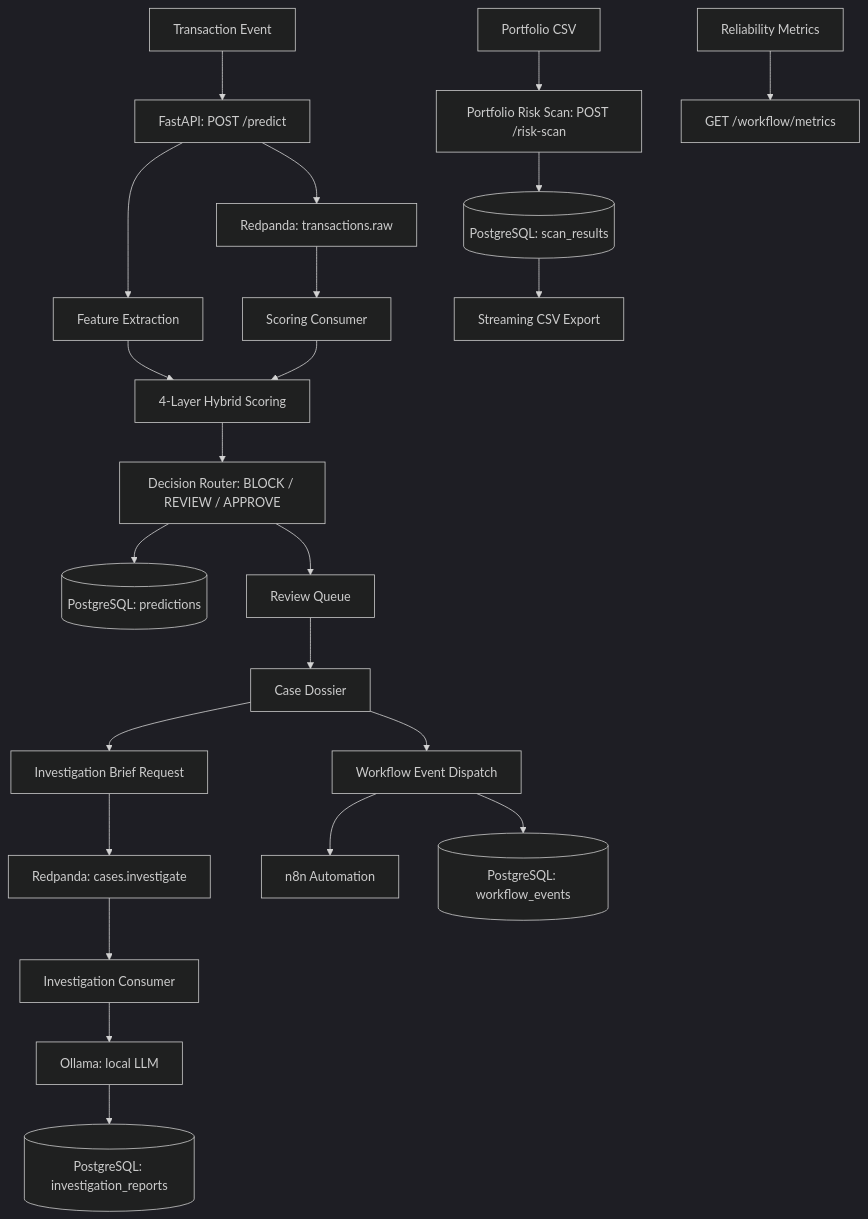
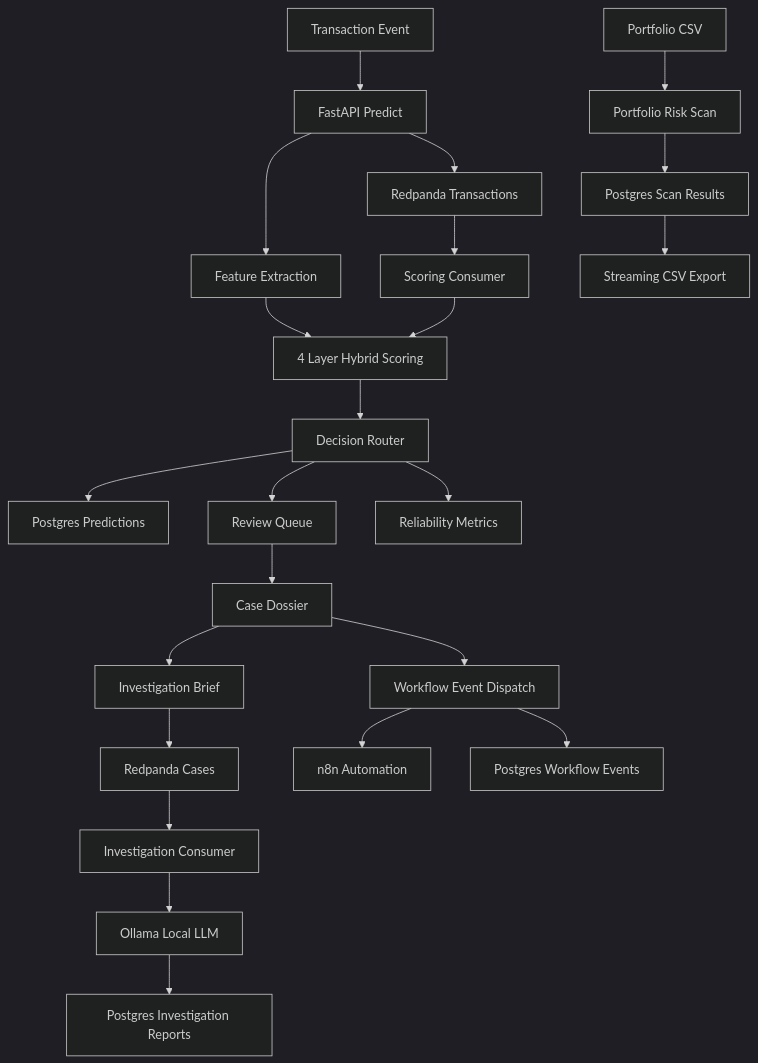
Before and after one commit to IjazKakkodDS/transaction-fraud-intelligence-console: the diagram in docs/SYSTEM_SNAPSHOT.md, drawn with Mermaid (dark theme). The commit also changed other lines of this file and 5 other files, not shown here.

````diff
--- a/docs/SYSTEM_SNAPSHOT.md
+++ b/docs/SYSTEM_SNAPSHOT.md
@@ -87,25 +87,48 @@
 ```mermaid
 graph TD
-    T[Transaction Event] --> API[FastAPI: POST /predict]
-    API --> FE[Feature Extraction]
-    FE --> SC[4-Layer Hybrid Scoring]
-    SC --> DEC[Decision Router: BLOCK / REVIEW / APPROVE]
-    DEC --> PG[(PostgreSQL: predictions)]
-    API --> RP[Redpanda: transactions.raw]
-    RP --> SCO[Scoring Consumer]
-    SCO --> SC
-    DEC --> RQ[Review Queue]
-    RQ --> CD[Case Dossier]
-    CD --> AI[Investigation Brief Request]
-    AI --> RP2[Redpanda: cases.investigate]
-    RP2 --> IC[Investigation Consumer]
-    IC --> OL[Ollama: local LLM]
-    OL --> IR[(PostgreSQL: investigation_reports)]
-    CD --> WE[Workflow Event Dispatch]
-    WE --> N8N[n8n Automation]
-    WE --> AT[(PostgreSQL: workflow_events)]
-    CSV[Portfolio CSV] --> RSC[Portfolio Risk Scan: POST /risk-scan]
-    RSC --> PG2[(PostgreSQL: scan_results)]
-    PG2 --> EXP[Streaming CSV Export]
-    REL[Reliability Metrics] --> RM[GET /workflow/metrics]
+T[Transaction Event]
+API[FastAPI Predict]
+FE[Feature Extraction]
+SC[4 Layer Hybrid Scoring]
+DEC[Decision Router]
+PG[Postgres Predictions]
+RP[Redpanda Transactions]
+SCO[Scoring Consumer]
+RQ[Review Queue]
+CD[Case Dossier]
+AI[Investigation Brief]
+RP2[Redpanda Cases]
+IC[Investigation Consumer]
+OL[Ollama Local LLM]
+IR[Postgres Investigation Reports]
+WE[Workflow Event Dispatch]
+N8N[n8n Automation]
+AT[Postgres Workflow Events]
+CSV[Portfolio CSV]
+RSC[Portfolio Risk Scan]
+PG2[Postgres Scan Results]
+EXP[Streaming CSV Export]
+RM[Reliability Metrics]
+T --> API
+API --> FE
+FE --> SC
+SC --> DEC
+DEC --> PG
+API --> RP
+RP --> SCO
+SCO --> SC
+DEC --> RQ
+RQ --> CD
+CD --> AI
+AI --> RP2
+RP2 --> IC
+IC --> OL
+OL --> IR
+CD --> WE
+WE --> N8N
+WE --> AT
+CSV --> RSC
+RSC --> PG2
+PG2 --> EXP
+DEC --> RM
 ```
````
